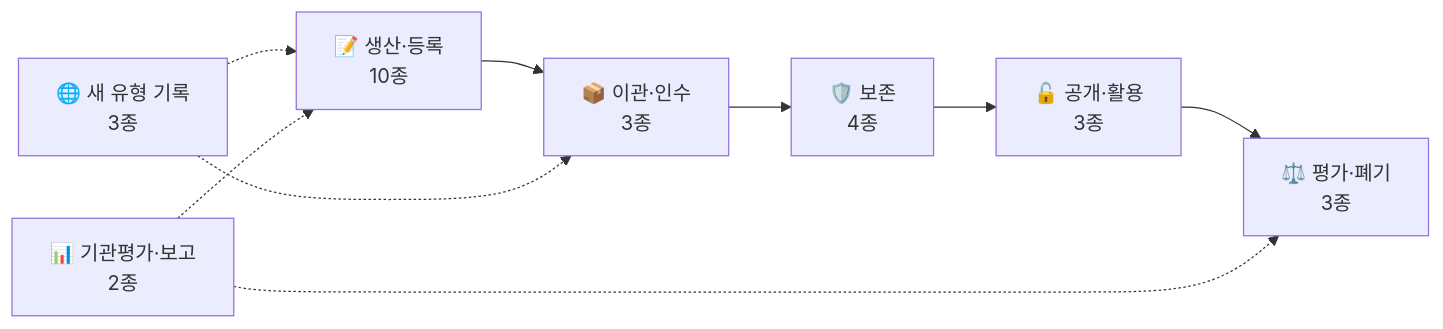
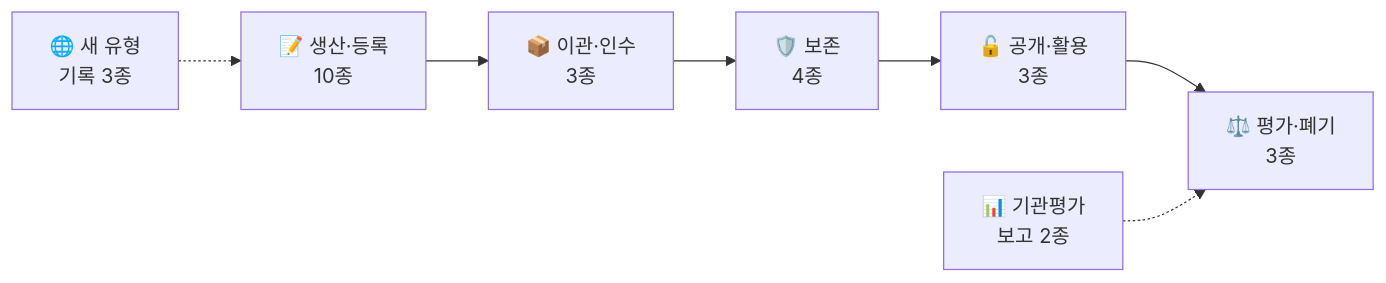
Before and after one commit to changgi/archive-bm-tools: the first of 2 diagrams in README.md, drawn with Mermaid.

Commit message:
README: 생애주기 도식 라벨 줄바꿈·연결 정리
Claude-Session: https://claude.ai/code/session_012tApfmFrmZa2cH7fpfTFnW

````diff
--- a/README.md
+++ b/README.md
@@ -41,11 +41,9 @@
 ```mermaid
 flowchart LR
     A["📝 생산·등록<br/>10종"] --> B["📦 이관·인수<br/>3종"]
     B --> C["🛡️ 보존<br/>4종"]
     C --> D["🔓 공개·활용<br/>3종"]
     D --> E["⚖️ 평가·폐기<br/>3종"]
-    N["🌐 새 유형 기록<br/>3종"] -.-> A
-    N -.-> B
-    R["📊 기관평가·보고<br/>2종"] -.-> A
-    R -.-> E
+    N["🌐 새 유형<br/>기록 3종"] -.-> A
+    R["📊 기관평가<br/>보고 2종"] -.-> E
 ```
````
